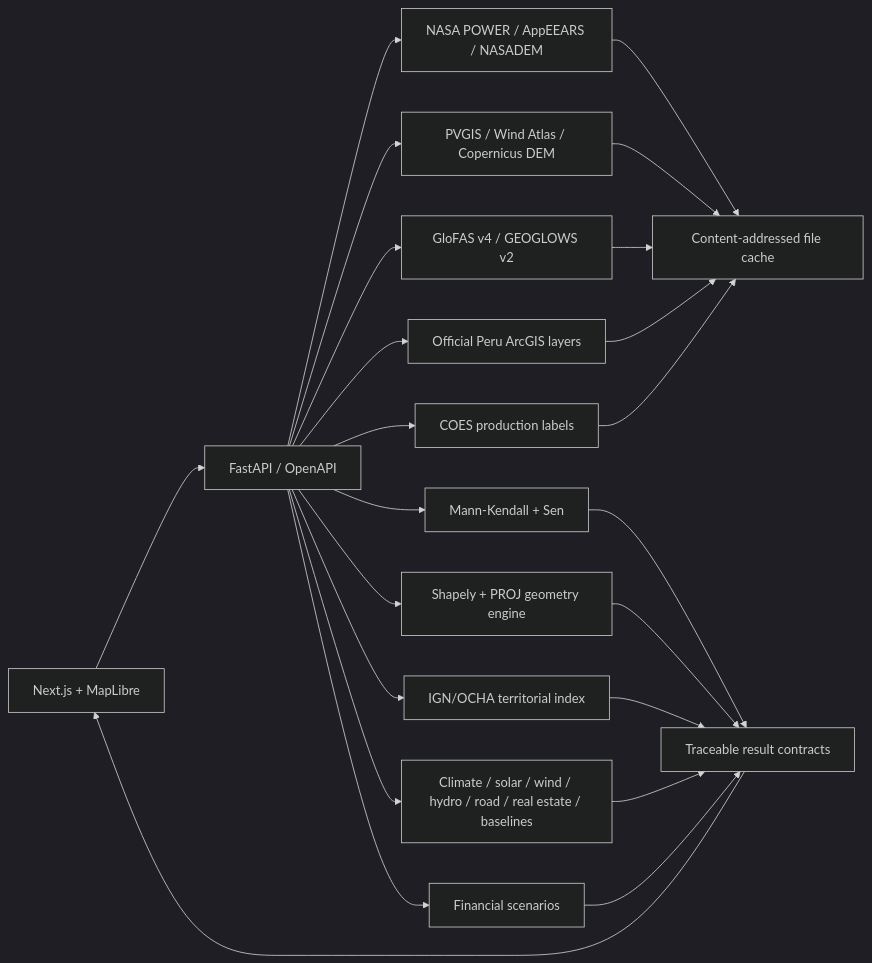
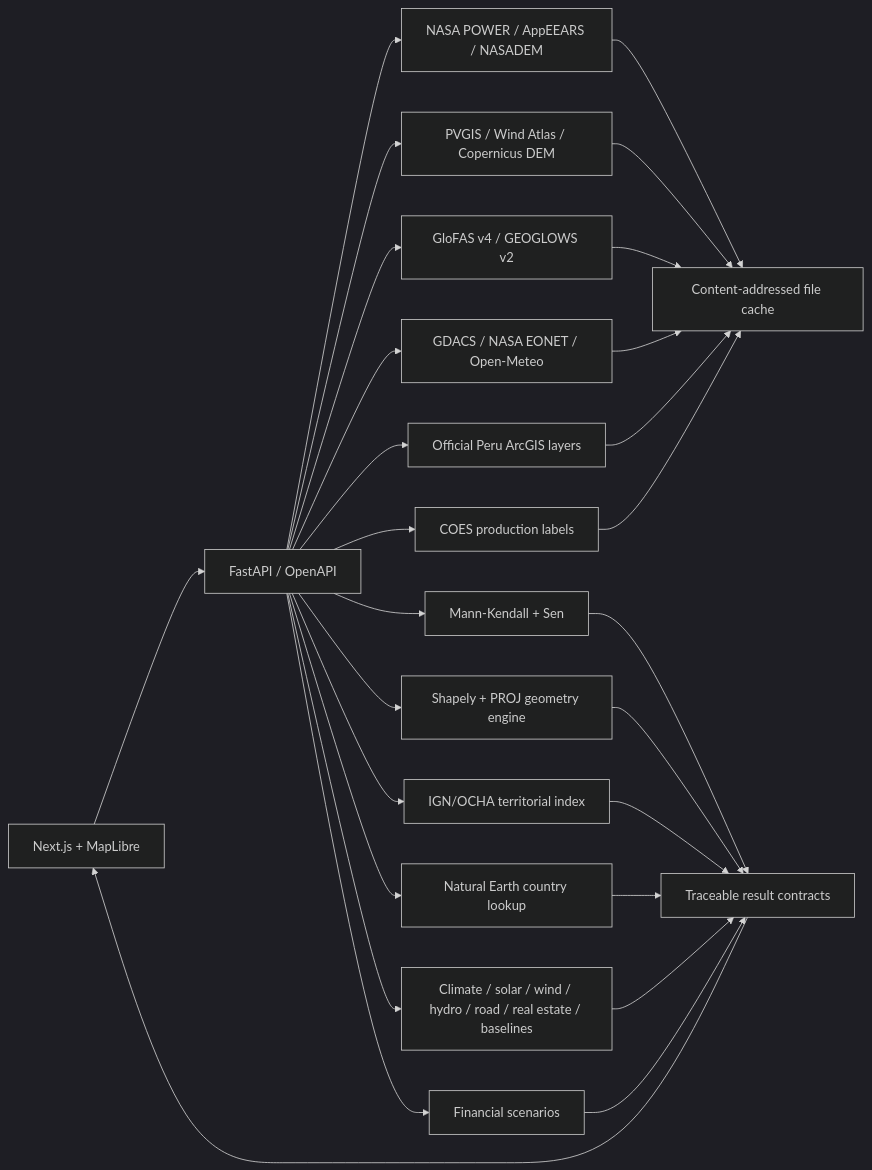
One commit to AndresVZ23/los-causas-espaciales changed the diagram in docs/nasa-submission/TECHNICAL_ARCHITECTURE.md. Above: the diagram before and after it, drawn with Mermaid (dark theme). The commit also changed other lines of this file and 9 other files, not shown here.

````diff
--- a/docs/nasa-submission/TECHNICAL_ARCHITECTURE.md
+++ b/docs/nasa-submission/TECHNICAL_ARCHITECTURE.md
@@ -5,25 +5,29 @@
 ```mermaid
 flowchart LR
   UI[Next.js + MapLibre] --> API[FastAPI / OpenAPI]
   API --> NASA[NASA POWER / AppEEARS / NASADEM]
   API --> SECOND[PVGIS / Wind Atlas / Copernicus DEM]
   API --> FLOW[GloFAS v4 / GEOGLOWS v2]
+  API --> WORLD[GDACS / NASA EONET / Open-Meteo]
   API --> PERU[Official Peru ArcGIS layers]
   API --> COES[COES production labels]
   NASA --> CACHE[Content-addressed file cache]
   SECOND --> CACHE
   FLOW --> CACHE
+  WORLD --> CACHE
   PERU --> CACHE
   COES --> CACHE
   API --> STATS[Mann-Kendall + Sen]
   API --> GEO[Shapely + PROJ geometry engine]
   API --> TERR[IGN/OCHA territorial index]
+  API --> COUNTRY[Natural Earth country lookup]
   API --> SECTORS[Climate / solar / wind / hydro / road / real estate / baselines]
   API --> FIN[Financial scenarios]
   STATS --> CONTRACT[Traceable result contracts]
   GEO --> CONTRACT
   TERR --> CONTRACT
+  COUNTRY --> CONTRACT
   SECTORS --> CONTRACT
   FIN --> CONTRACT
   CONTRACT --> UI
 ```
````
